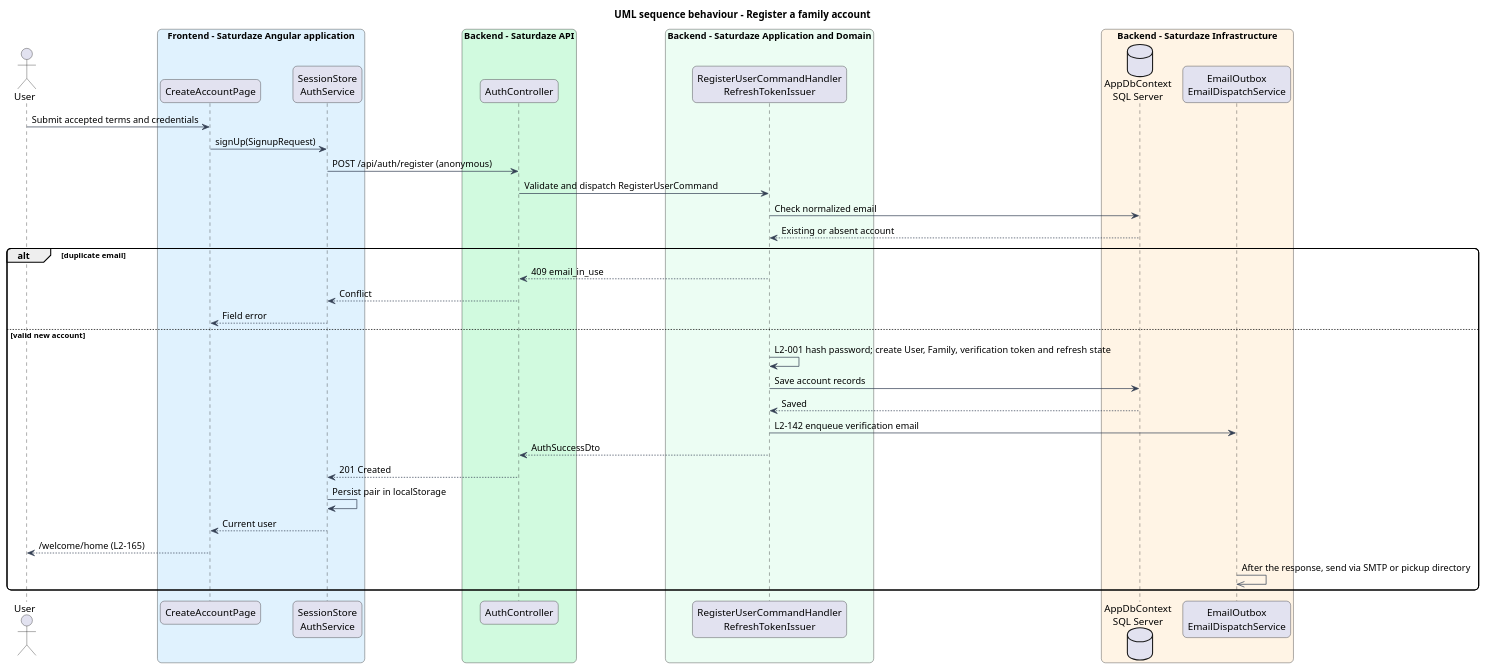
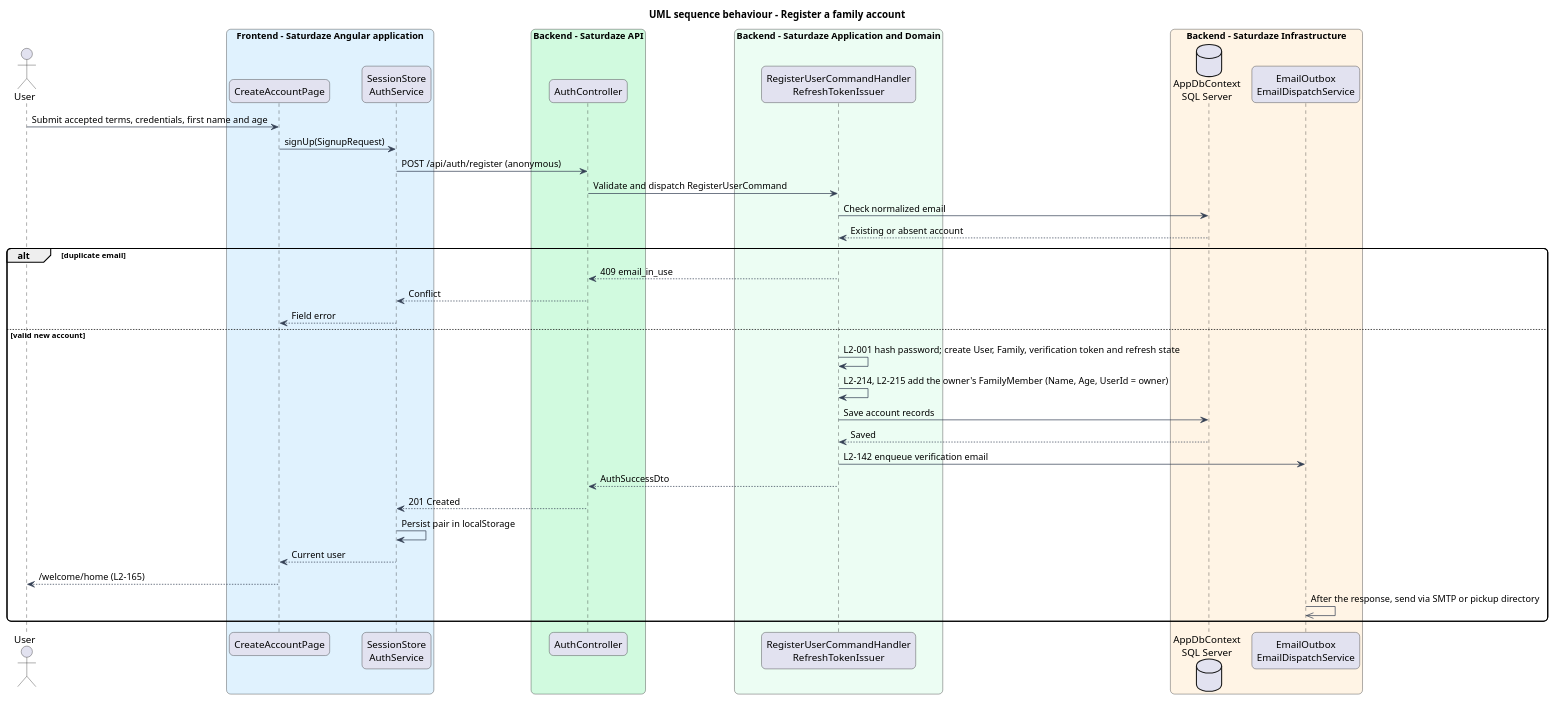
Before and after one commit to QuinntyneBrown/saturdaze: the diagram in docs/detailed-designs/identity-and-access/register-family-account/diagrams/sequence-register.puml, drawn with PlantUML. The commit also changed 13 other files, not shown here.

First line of the commit message:
Design: the family owner's own row, This is me and ADR-024

```diff
--- a/docs/detailed-designs/identity-and-access/register-family-account/diagrams/sequence-register.puml
+++ b/docs/detailed-designs/identity-and-access/register-family-account/diagrams/sequence-register.puml
@@ -1,45 +1,46 @@
 @startuml
 title UML sequence behaviour - Register a family account
 skinparam backgroundColor #FFFFFF
 skinparam shadowing false
 skinparam roundcorner 12
 skinparam defaultFontName Arial
 skinparam ArrowColor #344054
 actor "User" as actor
 box "Frontend - Saturdaze Angular application" #E0F2FE
  participant "CreateAccountPage" as page
  participant "SessionStore\nAuthService" as client
 end box
 box "Backend - Saturdaze API" #D1FADF
  participant "AuthController" as controller
 end box
 box "Backend - Saturdaze Application and Domain" #ECFDF3
  participant "RegisterUserCommandHandler\nRefreshTokenIssuer" as handler
 end box
 box "Backend - Saturdaze Infrastructure" #FFF4E5
  database "AppDbContext\nSQL Server" as db
  participant "EmailOutbox\nEmailDispatchService" as mail
 end box
-actor -> page : Submit accepted terms and credentials
+actor -> page : Submit accepted terms, credentials, first name and age
 page -> client : signUp(SignupRequest)
 client -> controller : POST /api/auth/register (anonymous)
 controller -> handler : Validate and dispatch RegisterUserCommand
 handler -> db : Check normalized email
 db --> handler : Existing or absent account
 alt duplicate email
 handler --> controller : 409 email_in_use
 controller --> client : Conflict
 client --> page : Field error
 else valid new account
 handler -> handler : L2-001 hash password; create User, Family, verification token and refresh state
+handler -> handler : L2-214, L2-215 add the owner's FamilyMember (Name, Age, UserId = owner)
 handler -> db : Save account records
 db --> handler : Saved
 handler -> mail : L2-142 enqueue verification email
 handler --> controller : AuthSuccessDto
 controller --> client : 201 Created
 client -> client : Persist pair in localStorage
 client --> page : Current user
 page --> actor : /welcome/home (L2-165)
 mail ->> mail : After the response, send via SMTP or pickup directory
 end
 @enduml
```
